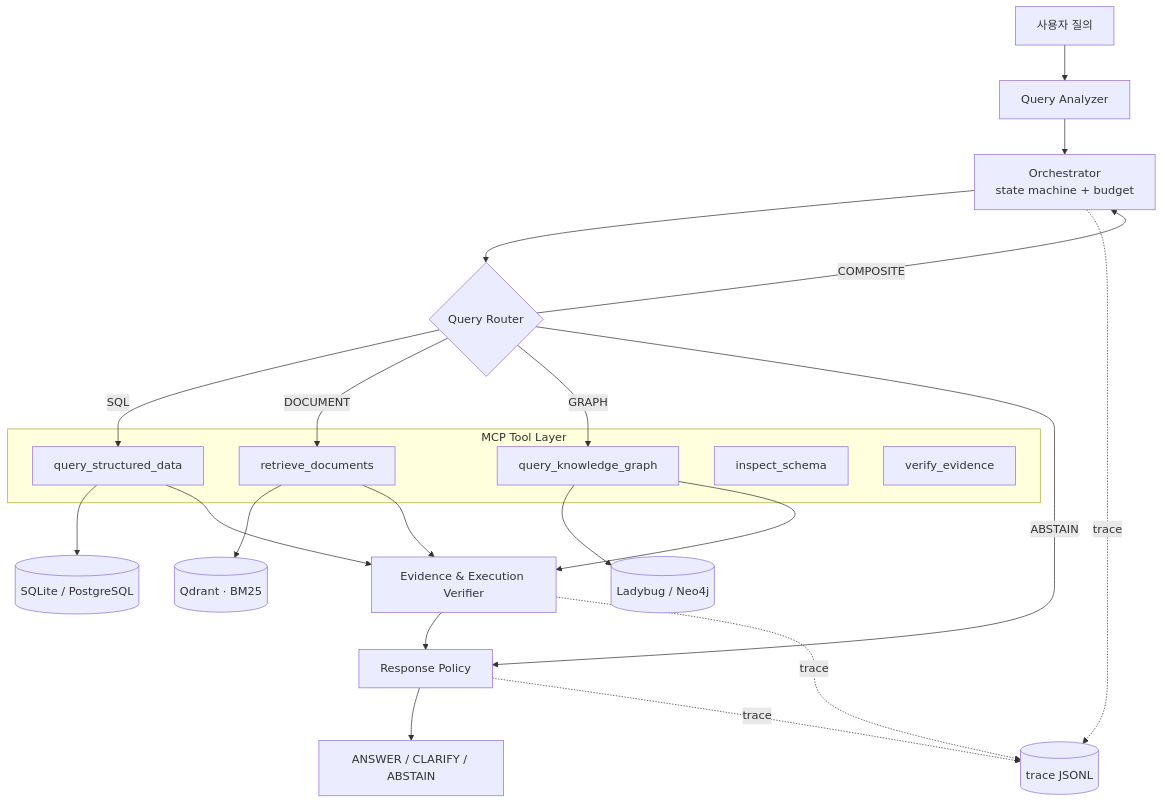
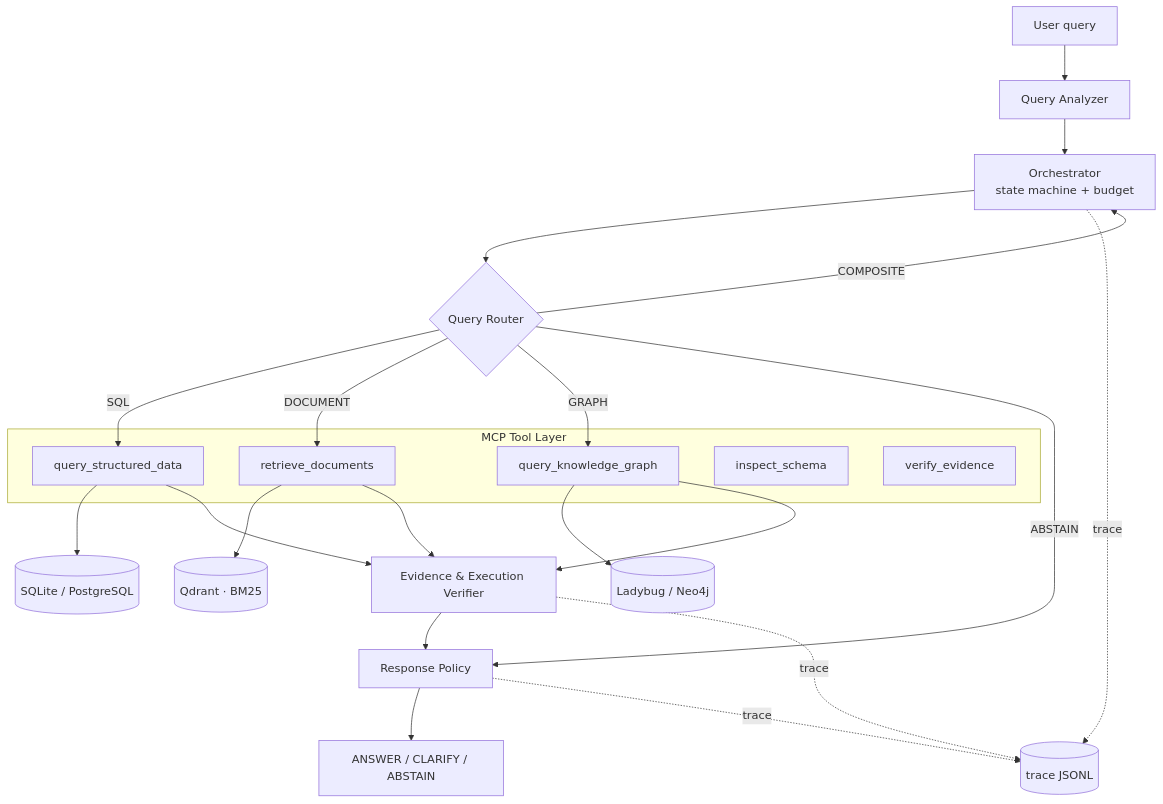
Before and after one commit to freak-jaeuk/route-compose-abstain: the diagram in ARCHITECTURE_v1.md, drawn with Mermaid. The commit also changed other lines of this file and 26 other files, not shown here.

````diff
--- a/ARCHITECTURE_v1.md
+++ b/ARCHITECTURE_v1.md
@@ -24,34 +24,34 @@
 ```mermaid
 flowchart TD
-    Q[사용자 질의] --> QA[Query Analyzer]
+    Q[User query] --> QA[Query Analyzer]
     QA --> ORC[Orchestrator<br/>state machine + budget]
     ORC --> R{Query Router}
 
     R -->|SQL| T1
     R -->|DOCUMENT| T2
     R -->|GRAPH| T3
     R -->|COMPOSITE| ORC
     R -->|ABSTAIN| POL
 
     subgraph MCP[MCP Tool Layer]
         T0[inspect_schema]
         T1[query_structured_data]
         T2[retrieve_documents]
         T3[query_knowledge_graph]
         T4[verify_evidence]
     end
 
     T1 --> ST[(SQLite / PostgreSQL)]
     T2 --> VS[(Qdrant · BM25)]
     T3 --> GR[(Ladybug / Neo4j)]
 
     T1 --> V[Evidence & Execution Verifier]
     T2 --> V
     T3 --> V
     V --> POL[Response Policy]
     POL --> OUT[ANSWER / CLARIFY / ABSTAIN]
 
     ORC -.trace.-> LOG[(trace JSONL)]
     V -.trace.-> LOG
     POL -.trace.-> LOG
 ```
````
